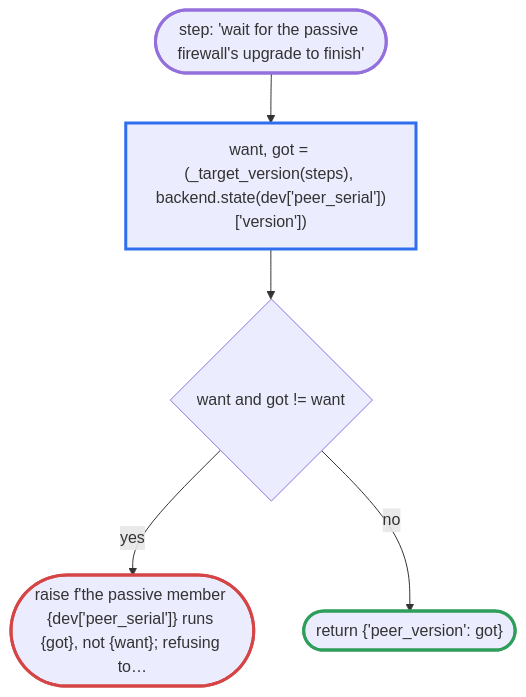
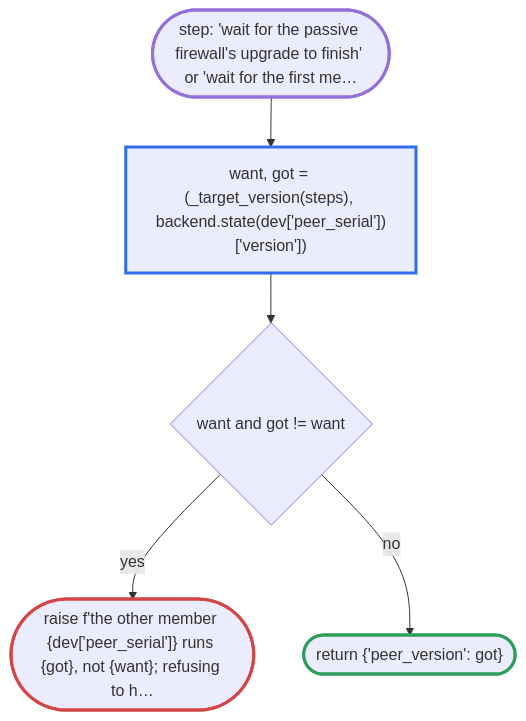
The tenth of 21 diagrams in docs/flow/upgrade.md (fettigcj/panUpgrade), drawn with Mermaid before and after one commit. The commit also changed other lines of this file and 11 other files, not shown here.

Commit message:
Add upgrade_first (passive|active) for HA pairs, and a service check when the last member is done

````diff
--- a/docs/flow/upgrade.md
+++ b/docs/flow/upgrade.md
@@ -368,21 +385,21 @@
 ```mermaid
 flowchart TD
-    d4_1(["step: 'wait for the passive firewall's upgrade to finish'"])
+    d4_1(["step: 'wait for the passive firewall's upgrade to finish' or 'wait for the first me…"])
     d4_2["want, got = (_target_version(steps), backend.state(dev['peer_serial'])['version'])"]
     d4_3{"want and got != want"}
-    d4_4(["raise f'the passive member {dev['peer_serial']} runs {got}, not {want}; refusing to…"])
+    d4_4(["raise f'the other member {dev['peer_serial']} runs {got}, not {want}; refusing to h…"])
     d4_5(["return {'peer_version': got}"])
     d4_1 --> d4_2
     d4_2 --> d4_3
     d4_3 -->|yes| d4_4
     d4_3 -->|no| d4_5
     classDef api stroke:#2f6fed,stroke-width:3px
     classDef refuse stroke:#d64545,stroke-width:3px
     classDef done stroke:#2e9e5b,stroke-width:3px
     classDef step stroke:#e0a020,stroke-width:3px
     classDef entry stroke-width:3px
     class d4_1 entry
     class d4_2 api
     class d4_4 refuse
     class d4_5 done
 ```
````
